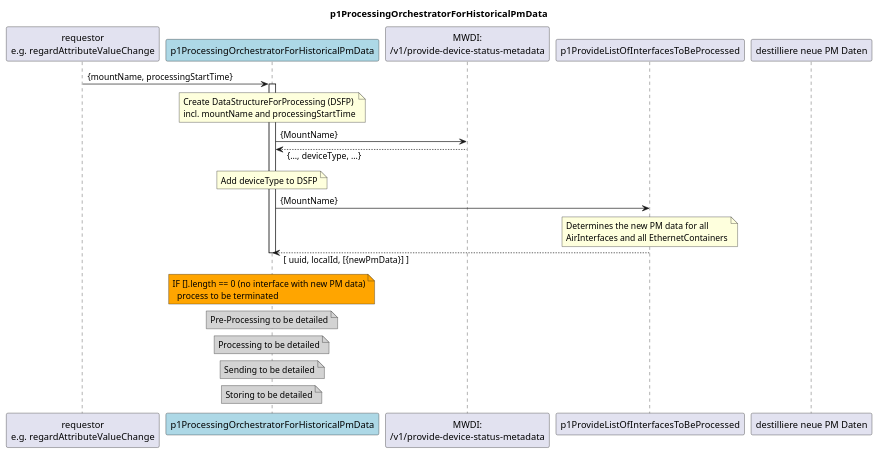
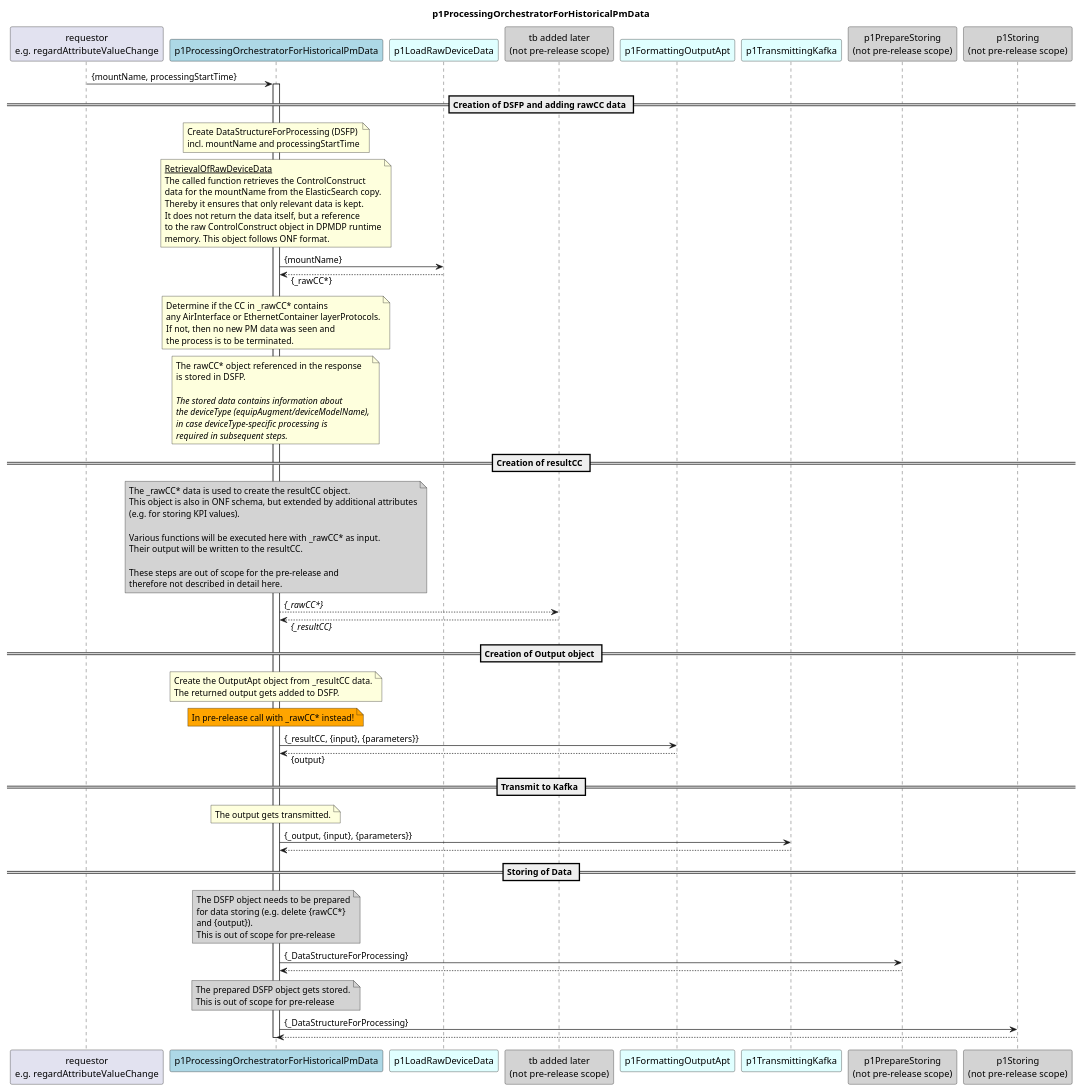
One commit to openBackhaul/DevicePerformanceManagementDataProcessor changed the diagram in spec/Functions/specificFunctions/p1ProcessingOrchestratorForHistoricalPmData/1.0.0/diagram.plantuml. Above: the diagram before and after it, drawn with PlantUML. The commit also changed 2 other files, not shown here.

Commit message:
update processingOrchestrator diagram

```diff
--- a/spec/Functions/specificFunctions/p1ProcessingOrchestratorForHistoricalPmData/1.0.0/diagram.plantuml
+++ b/spec/Functions/specificFunctions/p1ProcessingOrchestratorForHistoricalPmData/1.0.0/diagram.plantuml
@@ -1,64 +1,117 @@
 @startuml diagram
 skinparam responseMessageBelowArrow true
 
 title
   p1ProcessingOrchestratorForHistoricalPmData
 end title
 
 participant "requestor\ne.g. regardAttributeValueChange" as requestor
-participant "p1ProcessingOrchestratorForHistoricalPmData" as PO15 #LightBlue
-participant "MWDI:\n/v1/provide-device-status-metadata" as metadata
-participant "p1ProvideListOfInterfacesToBeProcessed" as ITBP
+participant "p1ProcessingOrchestratorForHistoricalPmData" as po #LightBlue
+participant "p1LoadRawDeviceData" as loadData #LightCyan
+participant "tb added later\n(not pre-release scope)" as tbd #LightGray
+participant "p1FormattingOutputApt" as outputApt #LightCyan
+participant "p1TransmittingKafka" as p1Trans #LightCyan
+participant "p1PrepareStoring\n(not pre-release scope)" as p1PrepStore #LightGray
+participant "p1Storing\n(not pre-release scope)" as p1Store #LightGray
 
 
-participant "destilliere neue PM Daten" as DesignedDomainBorderThickness
+requestor -> po : {mountName, processingStartTime}
+activate po
 
+== Creation of DSFP and adding rawCC data ==
 
-requestor -> PO15 : {mountName, processingStartTime}
-activate PO15
-note over PO15
+note over po
   Create DataStructureForProcessing (DSFP)
   incl. mountName and processingStartTime
 end note
 
-PO15 -> metadata : {MountName}
-PO15 <-- metadata : {..., deviceType, ...}
-note over PO15
-  Add deviceType to DSFP
+note over po
+  <u>RetrievalOfRawDeviceData</u>
+  The called function retrieves the ControlConstruct
+  data for the mountName from the ElasticSearch copy.
+  Thereby it ensures that only relevant data is kept.
+  It does not return the data itself, but a reference
+  to the raw ControlConstruct object in DPMDP runtime
+  memory. This object follows ONF format.
 end note
 
-PO15 -> ITBP : {MountName}
-  note over ITBP
-    Determines the new PM data for all 
-    AirInterfaces and all EthernetContainers
-  end note
-PO15 <-- ITBP : [ uuid, localId, [{newPmData}] ]
+po -> loadData: {mountName}
+po <-- loadData: {_rawCC*}
 
-note over PO15 #Orange
-  IF [].length == 0 (no interface with new PM data)
-    process to be terminated
+note over po
+  Determine if the CC in _rawCC* contains
+  any AirInterface or EthernetContainer layerProtocols.
+  If not, then no new PM data was seen and
+  the process is to be terminated.
 end note
 
+note over po
+  The rawCC* object referenced in the response
+  is stored in DSFP.
 
-
-note over PO15 #LightGray
-  Pre-Processing to be detailed
+  <i>The stored data contains information about </i>
+  <i>the deviceType (equipAugment/deviceModelName),</i>
+  <i>in case deviceType-specific processing is</i>
+  <i>required in subsequent steps.</i>
 end note
 
-note over PO15 #LightGray
-  Processing to be detailed
+== Creation of resultCC ==
+
+note over po #LightGray
+  The _rawCC* data is used to create the resultCC object.
+  This object is also in ONF schema, but extended by additional attributes
+  (e.g. for storing KPI values).
+  
+  Various functions will be executed here with _rawCC* as input.
+  Their output will be written to the resultCC.
+  
+  These steps are out of scope for the pre-release and
+  therefore not described in detail here.
 end note
 
-note over PO15 #LightGray
-  Sending to be detailed
+po --> tbd: <i>{_rawCC*}</i>
+po <-- tbd: <i>{_resultCC}</i>
+
+== Creation of Output object ==
+
+note over po
+  Create the OutputApt object from _resultCC data.
+  The returned output gets added to DSFP.
+end note
+note over po #Orange
+  In pre-release call with _rawCC* instead!
 end note
 
-note over PO15 #LightGray
-  Storing to be detailed
+po -> outputApt: {_resultCC, {input}, {parameters}}
+po <-- outputApt: {output}
+
+== Transmit to Kafka ==
+
+note over po
+  The output gets transmitted.
 end note
 
+po -> p1Trans: {_output, {input}, {parameters}}
+po <-- p1Trans
 
+== Storing of Data ==
 
-deactivate PO15
+note over po #LightGray
+  The DSFP object needs to be prepared
+  for data storing (e.g. delete {rawCC*}
+  and {output}).
+  This is out of scope for pre-release
+end note
+po -> p1PrepStore: {_DataStructureForProcessing}
+po <-- p1PrepStore
+
+note over po #LightGray
+  The prepared DSFP object gets stored.
+  This is out of scope for pre-release
+end note
+po -> p1Store: {_DataStructureForProcessing}
+po <-- p1Store
+
+deactivate po
 
 @enduml
```
